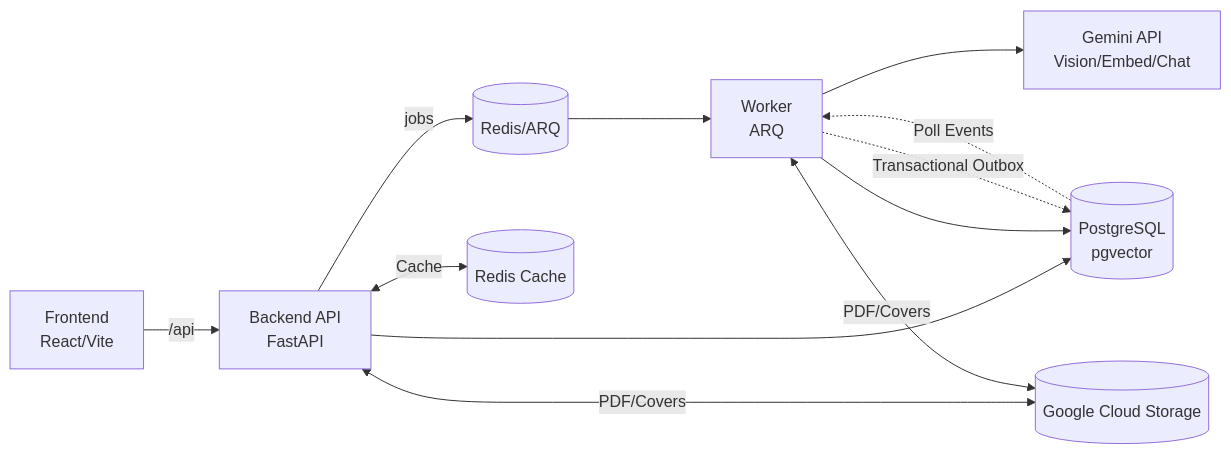
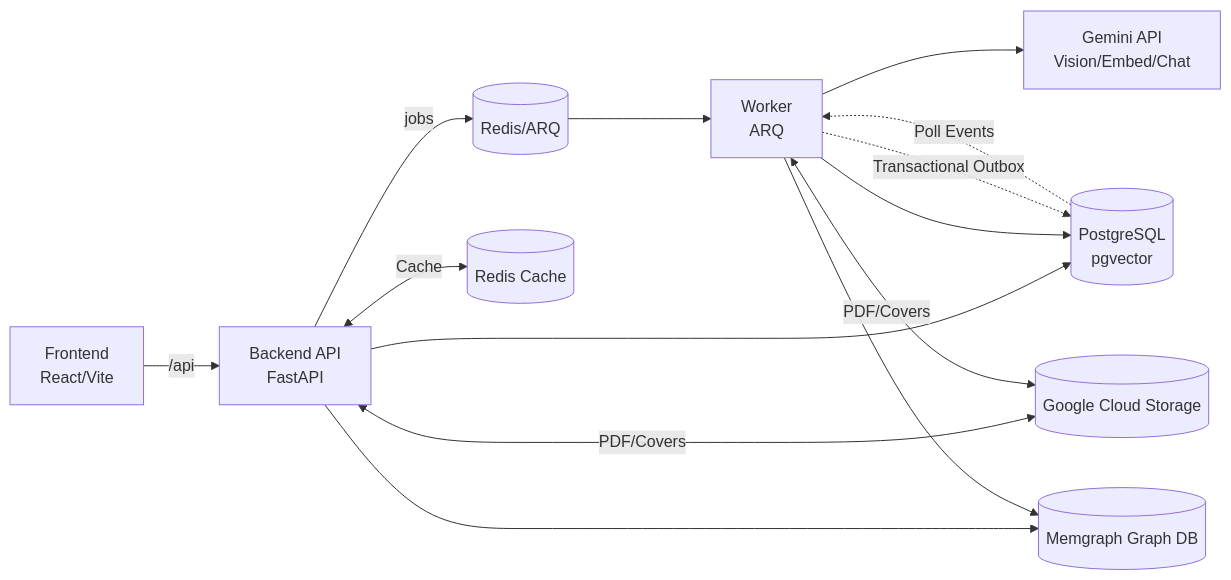
Before and after one commit to Kitabim-AI/kitabim-ai: the diagram in docs/main/SYSTEM_DESIGN.md, drawn with Mermaid. The commit also changed other lines of this file and 42 other files, not shown here.

Commit message:
refactor: implement knowledge graph extraction pipeline with Memgraph integration and job processing support

````diff
--- a/docs/main/SYSTEM_DESIGN.md
+++ b/docs/main/SYSTEM_DESIGN.md
@@ -50,14 +51,16 @@
 ```mermaid
 flowchart LR
   FE[Frontend<br/>React/Vite] -->|/api| BE[Backend API<br/>FastAPI]
   BE -->|jobs| RQ[(Redis/ARQ)]
   RQ --> WK[Worker<br/>ARQ]
   WK --> GEM[Gemini API<br/>Vision/Embed/Chat]
   BE --> DB[(PostgreSQL<br/>pgvector)]
   WK --> DB
   WK -.->|Transactional Outbox| DB
   DB -.->|Poll Events| WK
   BE <-->|PDF/Covers| GCS[(Google Cloud Storage)]
   WK <-->|PDF/Covers| GCS
   BE <--Cache--> CACHE[(Redis Cache)]
+  BE --> MG[(Memgraph Graph DB)]
+  WK --> MG
 ```
````
